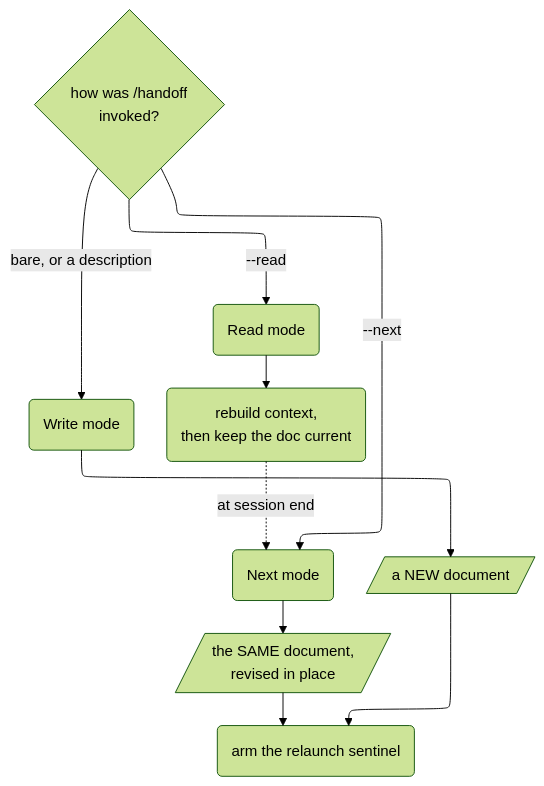
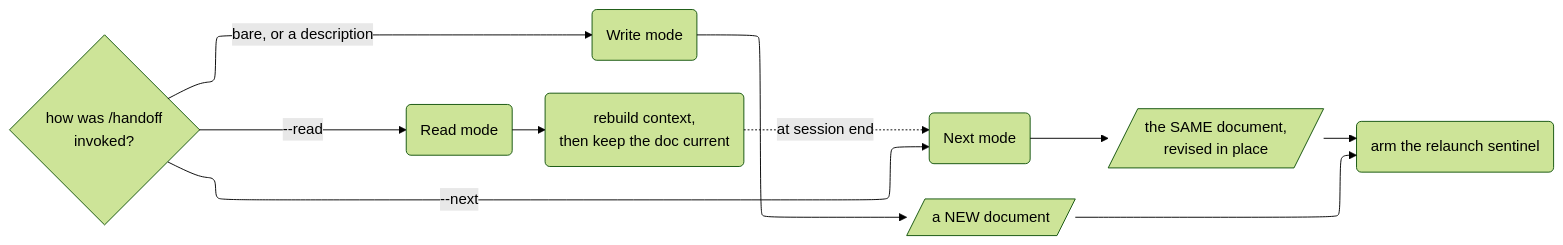
One commit to agentience/agentience-skills changed the second of 2 diagrams in skills/handoff/README.md. Above: the diagram before and after it, drawn with Mermaid (forest theme). The commit also changed 1 other file, not shown here.

Commit message:
docs(diagrams): lay the modes diagram out LR
Rendered top-to-bottom it came out 884x1750 — a portrait strip that reads badly
in a blog column or a README. LR brings it to 1568x206, matching the relaunch
loop's aspect.

````diff
--- a/skills/handoff/README.md
+++ b/skills/handoff/README.md
@@ -81,20 +81,20 @@
 ```mermaid
 ---
 config:
   layout: elk
 ---
-flowchart TB
+flowchart LR
     args{"how was /handoff<br/>invoked?"}
     args -->|"--read"| read("Read mode")
     args -->|"--next"| next("Next mode")
     args -->|"bare, or a description"| write("Write mode")
 
     write --> newdoc[/"a NEW document"/]
     next --> samedoc[/"the SAME document,<br/>revised in place"/]
     read --> resume("rebuild context,<br/>then keep the doc current")
 
     newdoc --> arm("arm the relaunch sentinel")
     samedoc --> arm
     resume -.->|"at session end"| next
     classDef external stroke-dasharray:4 3
 ```
````
